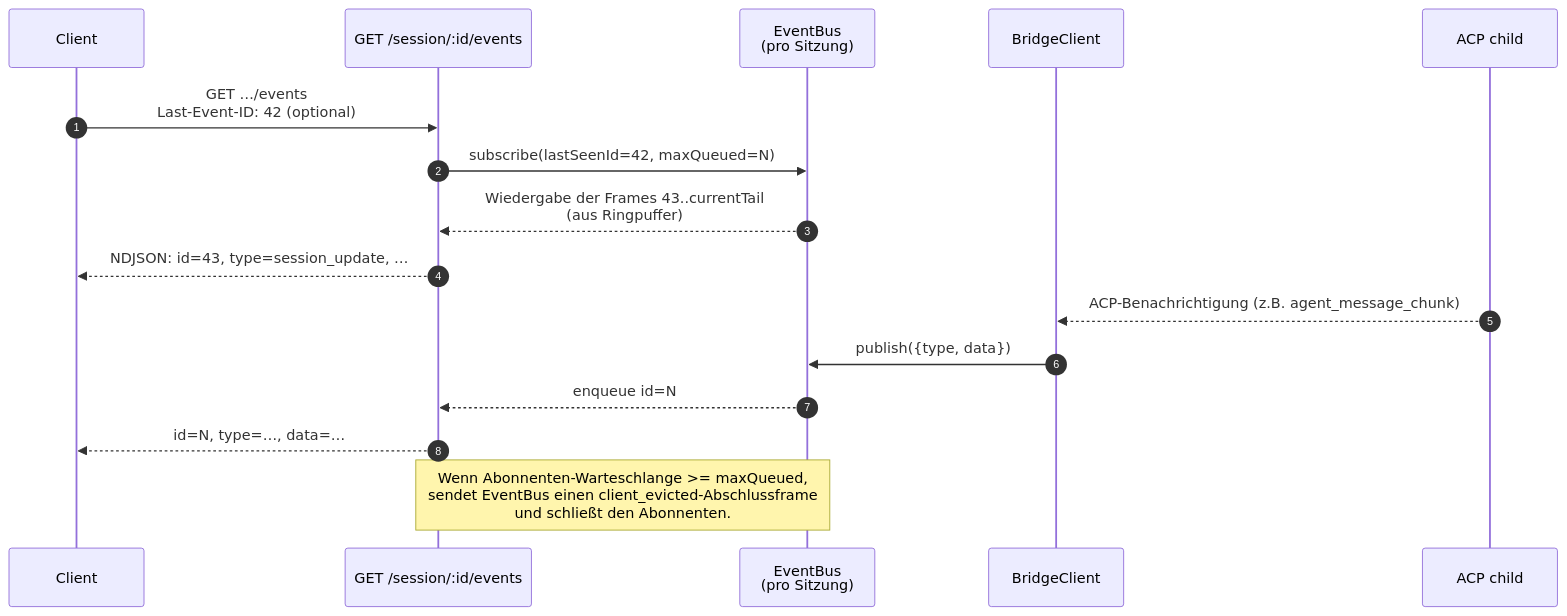
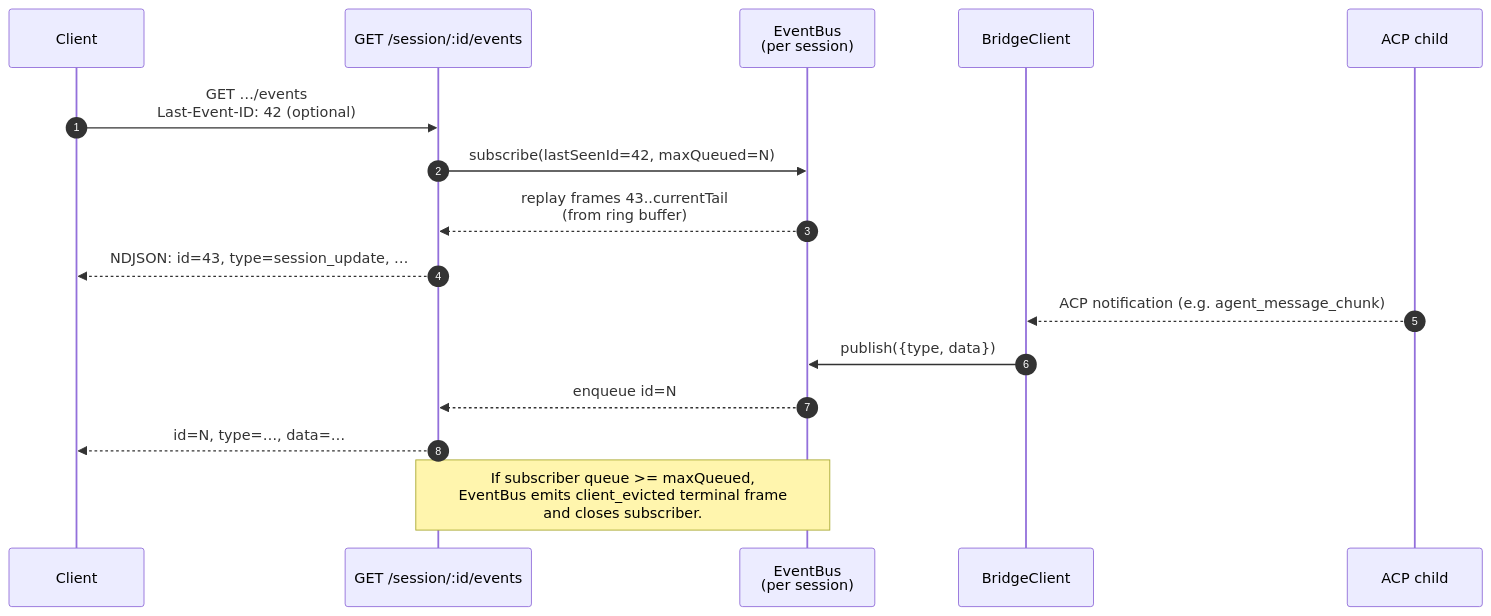
One commit to QwenLM/qwen-code-docs changed the fourth of 7 diagrams in website/content/de/developers/daemon/01-architecture.md. Above: the diagram before and after it, drawn with Mermaid. The commit also changed other lines of this file and 1077 other files, not shown here.

````diff
--- a/website/content/de/developers/daemon/01-architecture.md
+++ b/website/content/de/developers/daemon/01-architecture.md
@@ -178,19 +179,19 @@
 ```mermaid
 sequenceDiagram
     autonumber
     participant C as Client
     participant SR as GET /session/:id/events
-    participant EB as EventBus<br/>(pro Sitzung)
+    participant EB as EventBus<br/>(per session)
     participant BC as BridgeClient
     participant CH as ACP child
 
     C->>SR: GET …/events<br/>Last-Event-ID: 42 (optional)
     SR->>EB: subscribe(lastSeenId=42, maxQueued=N)
-    EB-->>SR: Wiedergabe der Frames 43..currentTail<br/>(aus Ringpuffer)
+    EB-->>SR: replay frames 43..currentTail<br/>(from ring buffer)
     SR-->>C: NDJSON: id=43, type=session_update, …
-    CH-->>BC: ACP-Benachrichtigung (z.B. agent_message_chunk)
+    CH-->>BC: ACP notification (e.g. agent_message_chunk)
     BC->>EB: publish({type, data})
     EB-->>SR: enqueue id=N
     SR-->>C: id=N, type=…, data=…
-    Note over EB,SR: Wenn Abonnenten-Warteschlange >= maxQueued,<br/>sendet EventBus einen client_evicted-Abschlussframe<br/>und schließt den Abonnenten.
+    Note over EB,SR: If subscriber queue >= maxQueued,<br/>EventBus emits client_evicted terminal frame<br/>and closes subscriber.
 ```
````
